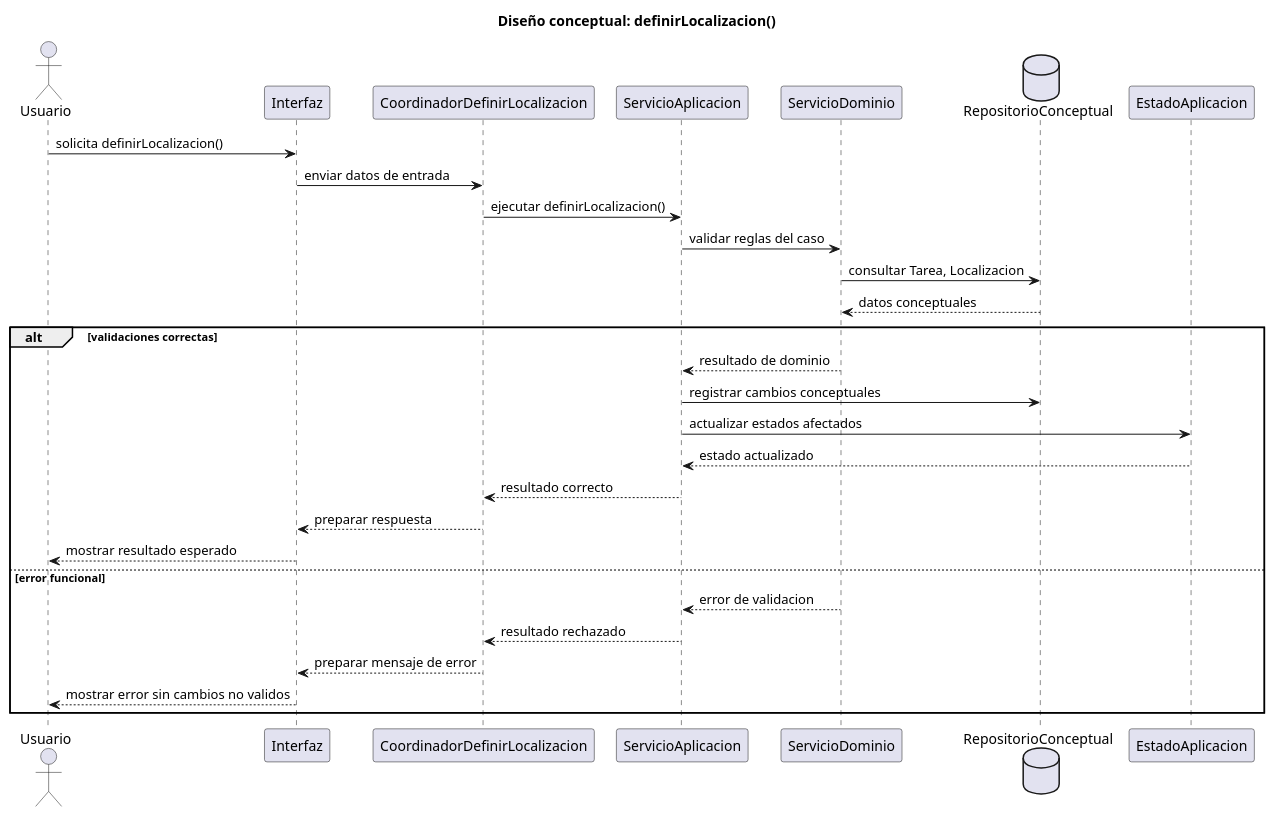
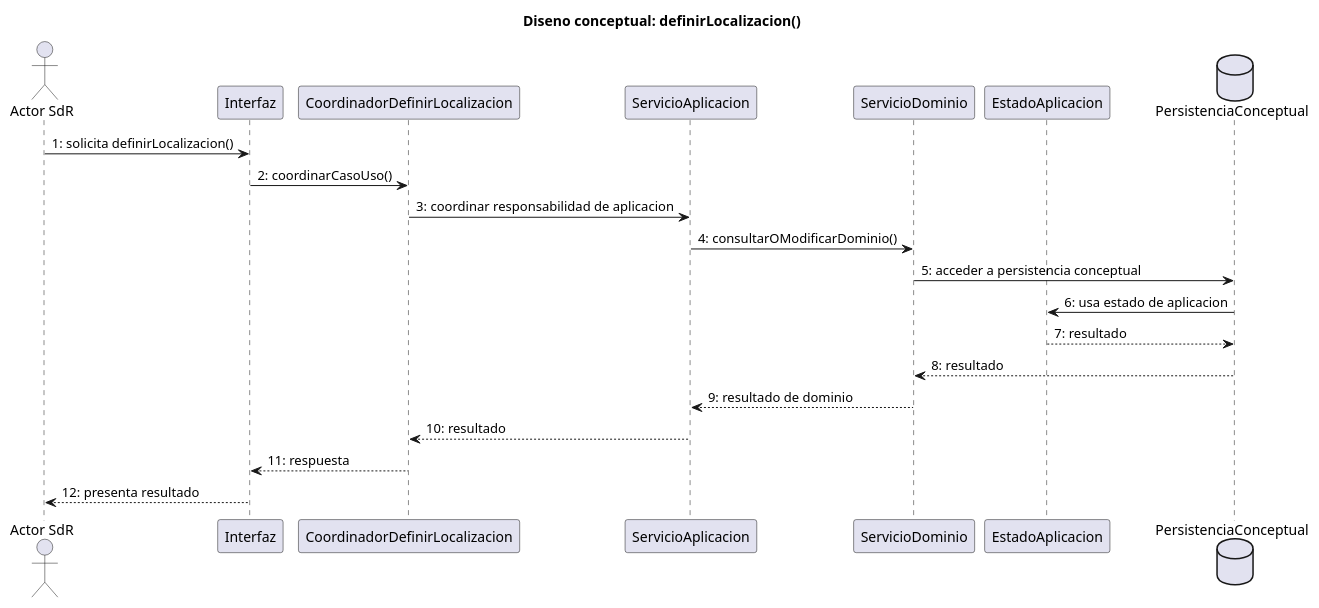
Before and after one commit to inigovaqueroo04/25-26-idsw2-sdVC: the diagram in documents/RUP/02-diseño/casos-uso/planificacion-configuracion/definirLocalizacion/README.md, drawn with PlantUML. The commit also changed other lines of this file and 24 other files, not shown here.

Commit message:
docs: validar trazabilidad integral de diseno

````diff
--- a/documents/RUP/02-diseño/casos-uso/planificacion-configuracion/definirLocalizacion/README.md
+++ b/documents/RUP/02-diseño/casos-uso/planificacion-configuracion/definirLocalizacion/README.md
@@ -86,36 +85,27 @@
 ```plantuml
 @startuml definirLocalizacion-diseno-secuencia
-title Diseño conceptual: definirLocalizacion()
+title Diseno conceptual: definirLocalizacion()
 
-actor "Usuario" as Usuario
+actor "Actor SdR" as Actor
 participant "Interfaz" as Interfaz
 participant "CoordinadorDefinirLocalizacion" as Coordinador
 participant "ServicioAplicacion" as ServicioAplicacion
 participant "ServicioDominio" as ServicioDominio
-database "RepositorioConceptual" as Repositorio
 participant "EstadoAplicacion" as EstadoAplicacion
+database "PersistenciaConceptual" as Persistencia
 
-Usuario -> Interfaz : solicita definirLocalizacion()
-Interfaz -> Coordinador : enviar datos de entrada
-Coordinador -> ServicioAplicacion : ejecutar definirLocalizacion()
-ServicioAplicacion -> ServicioDominio : validar reglas del caso
-ServicioDominio -> Repositorio : consultar Tarea, Localizacion
-Repositorio --> ServicioDominio : datos conceptuales
-
-alt validaciones correctas
-  ServicioDominio --> ServicioAplicacion : resultado de dominio
-  ServicioAplicacion -> Repositorio : registrar cambios conceptuales
-  ServicioAplicacion -> EstadoAplicacion : actualizar estados afectados
-  EstadoAplicacion --> ServicioAplicacion : estado actualizado
-  ServicioAplicacion --> Coordinador : resultado correcto
-  Coordinador --> Interfaz : preparar respuesta
-  Interfaz --> Usuario : mostrar resultado esperado
-else error funcional
-  ServicioDominio --> ServicioAplicacion : error de validacion
-  ServicioAplicacion --> Coordinador : resultado rechazado
-  Coordinador --> Interfaz : preparar mensaje de error
-  Interfaz --> Usuario : mostrar error sin cambios no validos
-end
+Actor -> Interfaz : 1: solicita definirLocalizacion()
+Interfaz -> Coordinador : 2: coordinarCasoUso()
+Coordinador -> ServicioAplicacion : 3: coordinar responsabilidad de aplicacion
+ServicioAplicacion -> ServicioDominio : 4: consultarOModificarDominio()
+ServicioDominio -> Persistencia : 5: acceder a persistencia conceptual
+Persistencia -> EstadoAplicacion : 6: usa estado de aplicacion
+EstadoAplicacion --> Persistencia : 7: resultado
+Persistencia --> ServicioDominio : 8: resultado
+ServicioDominio --> ServicioAplicacion : 9: resultado de dominio
+ServicioAplicacion --> Coordinador : 10: resultado
+Coordinador --> Interfaz : 11: respuesta
+Interfaz --> Actor : 12: presenta resultado
 
 @enduml
 ```
````
